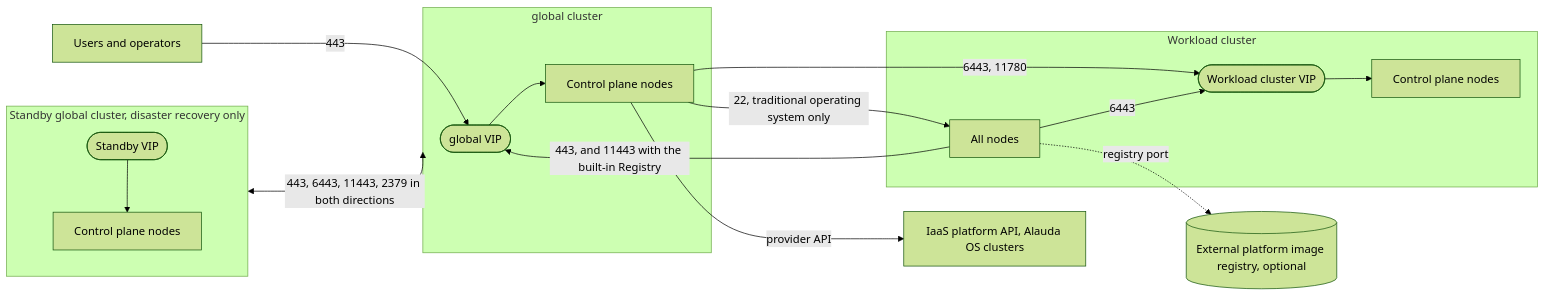
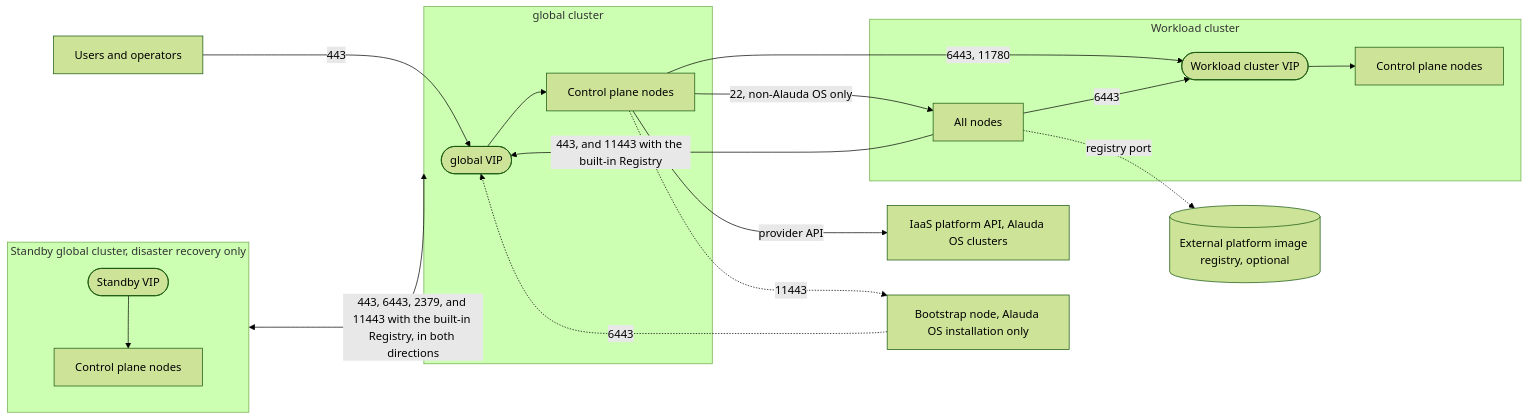
One commit to alauda/acp-docs changed the diagram in docs/en/install/prepare/communication_matrix.mdx. Above: the diagram before and after it, drawn with Mermaid (forest theme). The commit also changed other lines of this file and 3 other files, not shown here.

````diff
--- a/docs/en/install/prepare/communication_matrix.mdx
+++ b/docs/en/install/prepare/communication_matrix.mdx
@@ -27,25 +44,28 @@
 ```mermaid
 flowchart LR
     users["Users and operators"]
     subgraph primary["global cluster"]
         gvip(["global VIP"]) --> gcp["Control plane nodes"]
     end
     subgraph standby["Standby global cluster, disaster recovery only"]
         svip(["Standby VIP"]) --> scp["Control plane nodes"]
     end
     subgraph workload["Workload cluster"]
         wvip(["Workload cluster VIP"]) --> wcp["Control plane nodes"]
         wnodes["All nodes"]
     end
     extreg[("External platform image registry, optional")]
     iaas["IaaS platform API, Alauda OS clusters"]
+    boot["Bootstrap node, Alauda OS installation only"]
 
     users -->|"443"| gvip
     gcp -->|"6443, 11780"| wvip
-    gcp -->|"22, traditional operating system only"| wnodes
+    gcp -->|"22, non-Alauda OS only"| wnodes
     wnodes -->|"443, and 11443 with the built-in Registry"| gvip
     wnodes -->|"6443"| wvip
-    standby <-->|"443, 6443, 11443, 2379 in both directions"| primary
+    standby <-->|"443, 6443, 2379, and 11443 with the built-in Registry, in both directions"| primary
     gcp -->|"provider API"| iaas
     wnodes -.->|"registry port"| extreg
+    boot -.->|"6443"| gvip
+    gcp -.->|"11443"| boot
 ```
````
